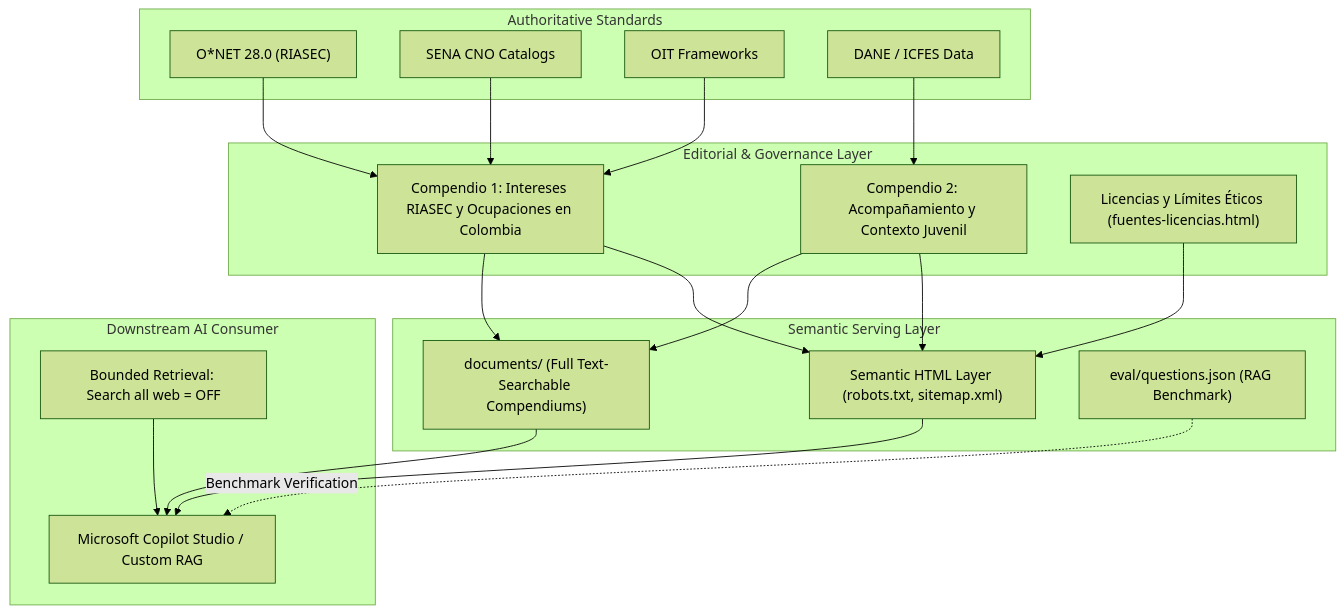
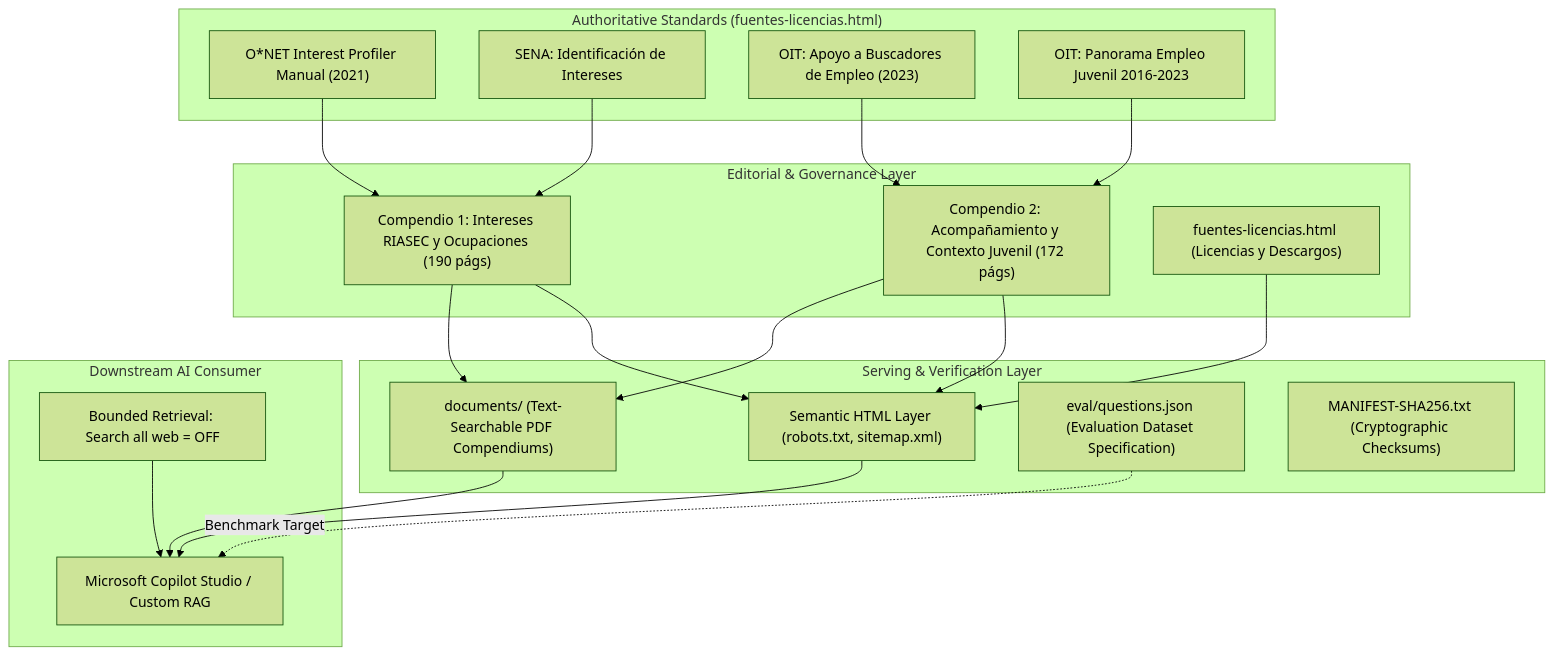
Before and after one commit to DanteBurbano27/brujula-vocacional-knowledge: the diagram in README.md, drawn with Mermaid (forest theme). The commit also changed other lines of this file and 6 other files, not shown here.

Commit message:
docs: align source provenance, add SHA256 manifest, schema.json, section anchors, and CI workflow

````diff
--- a/README.md
+++ b/README.md
@@ -54,40 +65,41 @@
 ```mermaid
 flowchart TD
-    subgraph RawSources["Authoritative Standards"]
-        ONET["O*NET 28.0 (RIASEC)"]
-        SENA["SENA CNO Catalogs"]
-        OIT["OIT Frameworks"]
-        DANE["DANE / ICFES Data"]
+    subgraph RawSources["Authoritative Standards (fuentes-licencias.html)"]
+        ONET["O*NET Interest Profiler Manual (2021)"]
+        SENA["SENA: Identificación de Intereses"]
+        OIT1["OIT: Apoyo a Buscadores de Empleo (2023)"]
+        OIT2["OIT: Panorama Empleo Juvenil 2016-2023"]
     end
 
     subgraph EditorialLayer["Editorial & Governance Layer"]
-        C1["Compendio 1: Intereses RIASEC y Ocupaciones en Colombia"]
-        C2["Compendio 2: Acompañamiento y Contexto Juvenil"]
-        Attribution["Licencias y Límites Éticos (fuentes-licencias.html)"]
+        C1["Compendio 1: Intereses RIASEC y Ocupaciones (190 págs)"]
+        C2["Compendio 2: Acompañamiento y Contexto Juvenil (172 págs)"]
+        Attribution["fuentes-licencias.html (Licencias y Descargos)"]
     end
 
-    subgraph RAGIngestion["Semantic Serving Layer"]
+    subgraph RAGIngestion["Serving & Verification Layer"]
         WebIndex["Semantic HTML Layer (robots.txt, sitemap.xml)"]
-        PDFDocs["documents/ (Full Text-Searchable Compendiums)"]
-        EvalPack["eval/questions.json (RAG Benchmark)"]
+        PDFDocs["documents/ (Text-Searchable PDF Compendiums)"]
+        EvalPack["eval/questions.json (Evaluation Dataset Specification)"]
+        Checksum["MANIFEST-SHA256.txt (Cryptographic Checksums)"]
     end
 
     subgraph RAGConsumer["Downstream AI Consumer"]
         Copilot["Microsoft Copilot Studio / Custom RAG"]
         Guard["Bounded Retrieval: Search all web = OFF"]
     end
 
     ONET --> C1
     SENA --> C1
-    OIT --> C1
-    DANE --> C2
+    OIT1 --> C2
+    OIT2 --> C2
     C1 --> PDFDocs
     C2 --> PDFDocs
     C1 --> WebIndex
     C2 --> WebIndex
     Attribution --> WebIndex
     PDFDocs --> Copilot
     WebIndex --> Copilot
     Guard --> Copilot
-    EvalPack -.->|Benchmark Verification| Copilot
+    EvalPack -.->|Benchmark Target| Copilot
 ```
````
